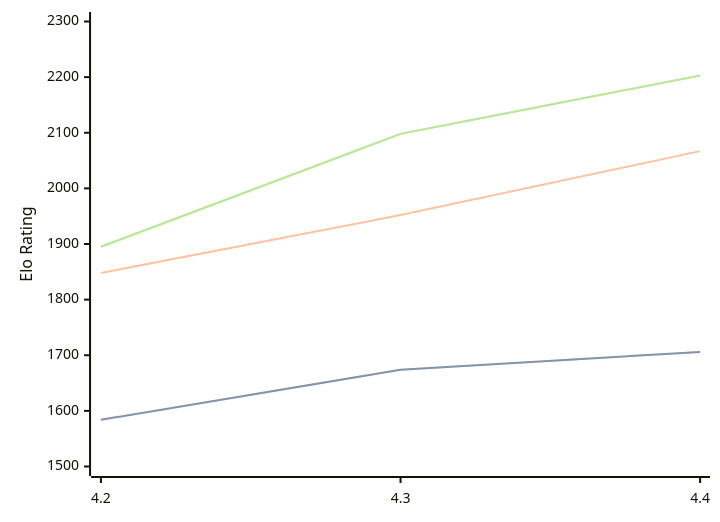
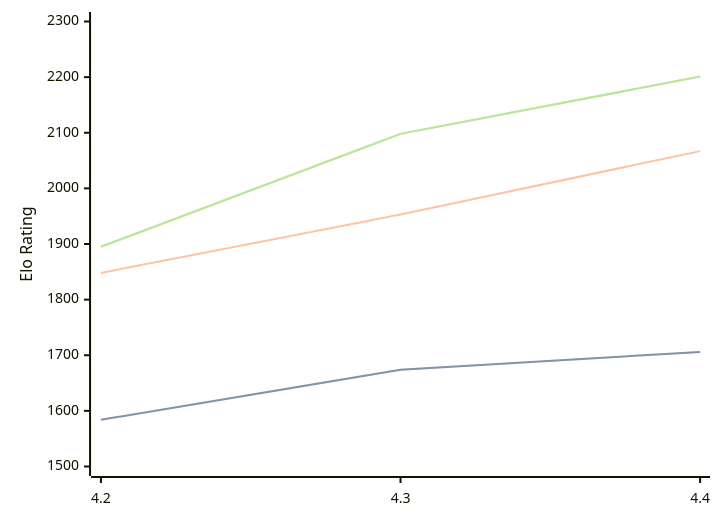
Before and after one commit to computer-chess-index/cci: the diagram in engines/Radiance.md, drawn with Mermaid. The commit also changed other lines of this file, not shown here.

Commit message:
Update CCI Ratings (ELO VLTC) - 2026-09-04

````diff
--- a/engines/Radiance.md
+++ b/engines/Radiance.md
@@ -33,11 +33,11 @@
 ```mermaid
 %%{init: {"theme":"base","themeVariables":{"seriesColors:['#a3a3a3','#222221','#faa371']}}}%%
 xychart-beta
   x-axis ["4.2", "4.3", "4.4"]
   y-axis "Elo Rating" 1500 --> 2300
   line "" [1584, 1674, 1706]
   line "STC (8.0+0.08s)" [1584, 1674, 1706]
-  line "LTC (60.0+0.60s)" [1848, 1952, 2067]
-  line "" [1895, 2098, 2203]
-  line "VLTC (2m24s+1.12s)" [1895, 2098, 2203]
+  line "LTC (60.0+0.60s)" [1848, 1953, 2067]
+  line "" [1895, 2098, 2201]
+  line "VLTC (2m24s+1.12s)" [1895, 2098, 2201]
 ```
````
